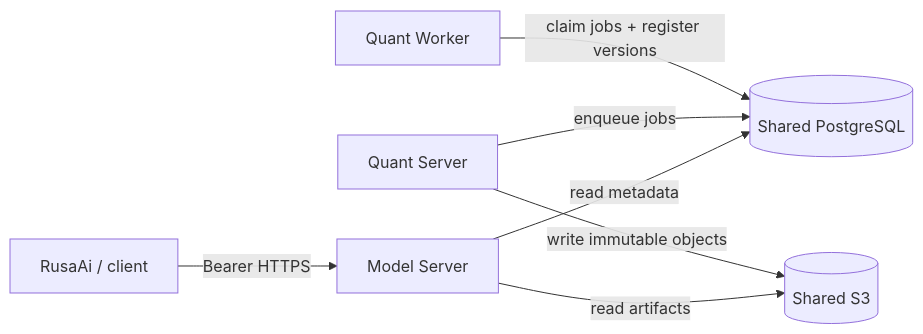
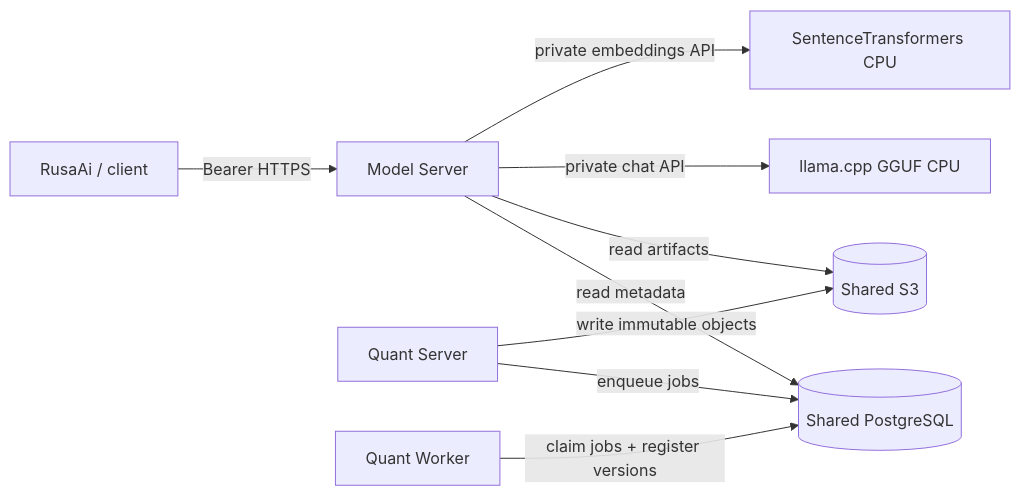
One commit to StrategyG/RusaModels changed the first of 2 diagrams in docs/architecture.md. Above: the diagram before and after it, drawn with Mermaid. The commit also changed other lines of this file and 56 other files, not shown here.

````diff
--- a/docs/architecture.md
+++ b/docs/architecture.md
@@ -12,9 +13,11 @@
 ```mermaid
 flowchart LR
   R[RusaAi / client] -->|Bearer HTTPS| M[Model Server]
   M -->|read metadata| P[(Shared PostgreSQL)]
   M -->|read artifacts| S[(Shared S3)]
+  M -->|private chat API| L[llama.cpp GGUF CPU]
+  M -->|private embeddings API| E[SentenceTransformers CPU]
   Q[Quant Server] -->|enqueue jobs| P
   W[Quant Worker] -->|claim jobs + register versions| P
   Q -->|write immutable objects| S
 ```
````
